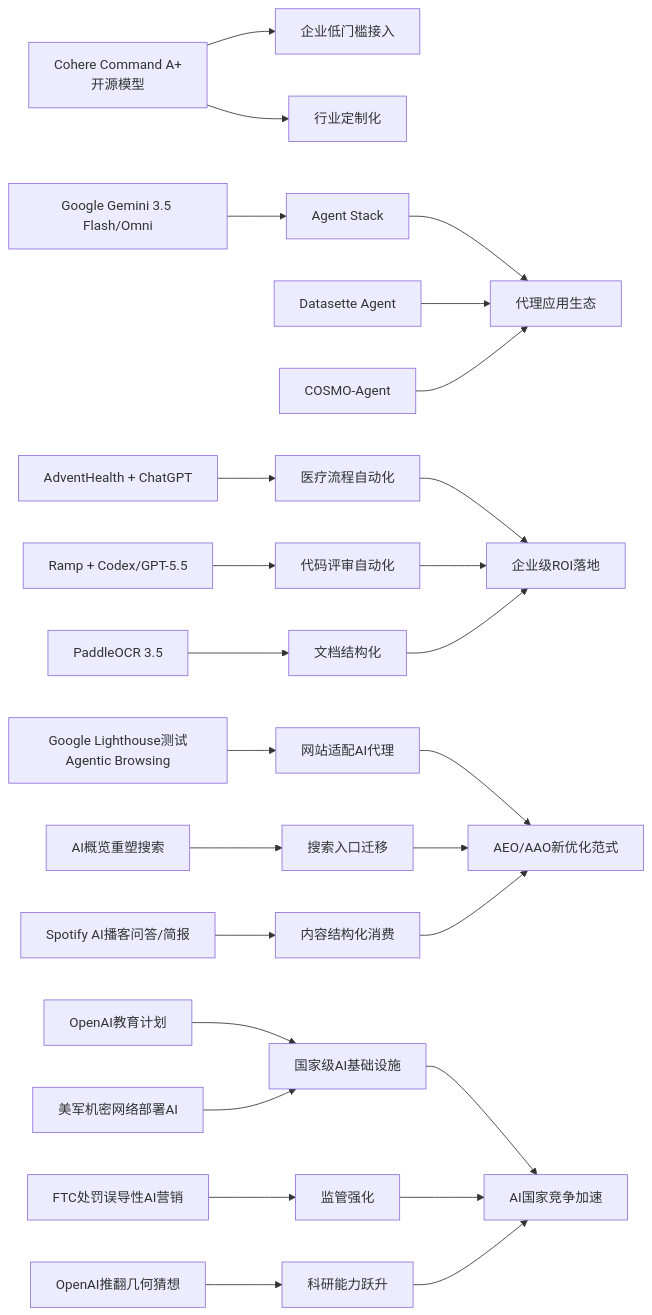
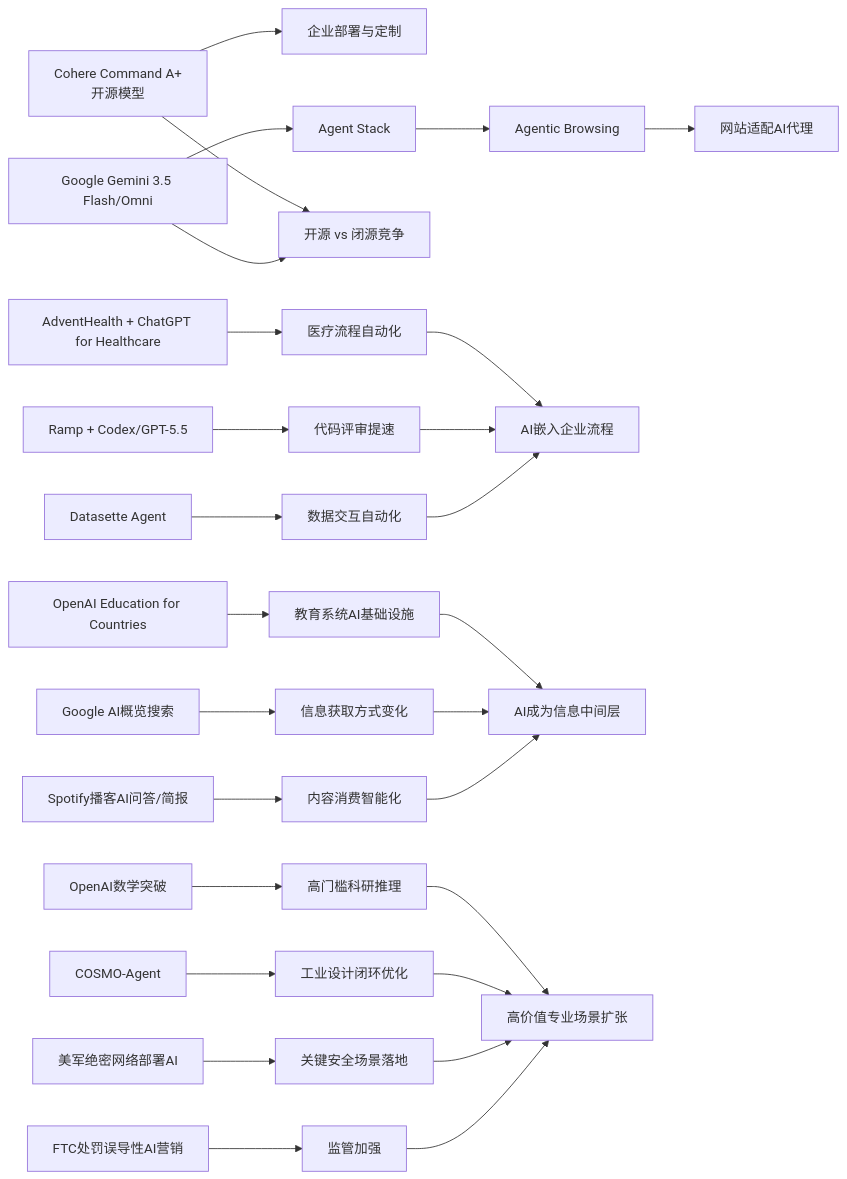
One commit to zhuxinfei/ai-daily-site changed the diagram in content/cn/2026/2026-05/2026-05-22.md. Above: the diagram before and after it, drawn with Mermaid. The commit also changed other lines of this file, not shown here.

````diff
--- a/content/cn/2026/2026-05/2026-05-22.md
+++ b/content/cn/2026/2026-05/2026-05-22.md
@@ -110,31 +119,32 @@
 ```mermaid
 graph LR
-  A[Cohere Command A+<br/>开源模型] --> B[企业低门槛接入]
-  A --> C[行业定制化]
-  D[Google Gemini 3.5 Flash/Omni] --> E[Agent Stack]
-  E --> F[代理应用生态]
-  G[Datasette Agent] --> F
-  H[COSMO-Agent] --> F
+    A[Cohere Command A+<br/>开源模型] --> B[企业部署与定制]
+    C[Google Gemini 3.5 Flash/Omni] --> D[Agent Stack]
+    D --> E[Agentic Browsing]
+    E --> F[网站适配AI代理]
+    A --> G[开源 vs 闭源竞争]
+    C --> G
 
-  I[AdventHealth + ChatGPT] --> J[医疗流程自动化]
-  K[Ramp + Codex/GPT-5.5] --> L[代码评审自动化]
-  M[PaddleOCR 3.5] --> N[文档结构化]
-  J --> O[企业级ROI落地]
-  L --> O
-  N --> O
+    H[AdventHealth + ChatGPT for Healthcare] --> I[医疗流程自动化]
+    J[Ramp + Codex/GPT-5.5] --> K[代码评审提速]
+    L[Datasette Agent] --> M[数据交互自动化]
+    I --> N[AI嵌入企业流程]
+    K --> N
+    M --> N
 
-  P[Google Lighthouse测试Agentic Browsing] --> Q[网站适配AI代理]
-  R[AI概览重塑搜索] --> S[搜索入口迁移]
-  T[Spotify AI播客问答/简报] --> U[内容结构化消费]
-  Q --> V[AEO/AAO新优化范式]
-  S --> V
-  U --> V
+    O[OpenAI Education for Countries] --> P[教育系统AI基础设施]
+    Q[Google AI概览搜索] --> R[信息获取方式变化]
+    S[Spotify播客AI问答/简报] --> T[内容消费智能化]
+    P --> U[AI成为信息中间层]
+    R --> U
+    T --> U
 
-  W[OpenAI教育计划] --> X[国家级AI基础设施]
-  Y[美军机密网络部署AI] --> X
-  Z[FTC处罚误导性AI营销] --> AA[监管强化]
-  AB[OpenAI推翻几何猜想] --> AC[科研能力跃升]
-  X --> AD[AI国家竞争加速]
-  AA --> AD
-  AC --> AD
+    V[OpenAI数学突破] --> W[高门槛科研推理]
+    X[COSMO-Agent] --> Y[工业设计闭环优化]
+    Z[美军绝密网络部署AI] --> AA[关键安全场景落地]
+    AB[FTC处罚误导性AI营销] --> AC[监管加强]
+    W --> AD[高价值专业场景扩张]
+    Y --> AD
+    AA --> AD
+    AC --> AD
 ```
````
